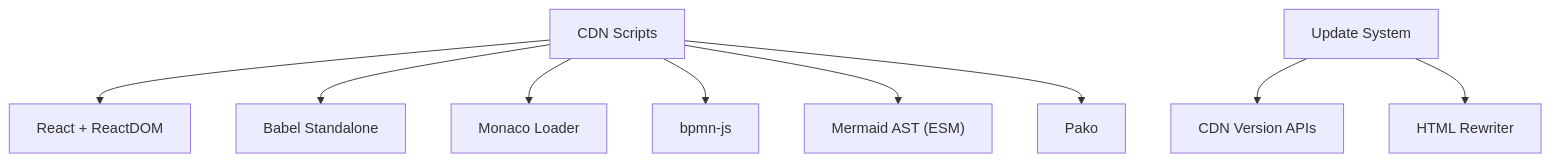
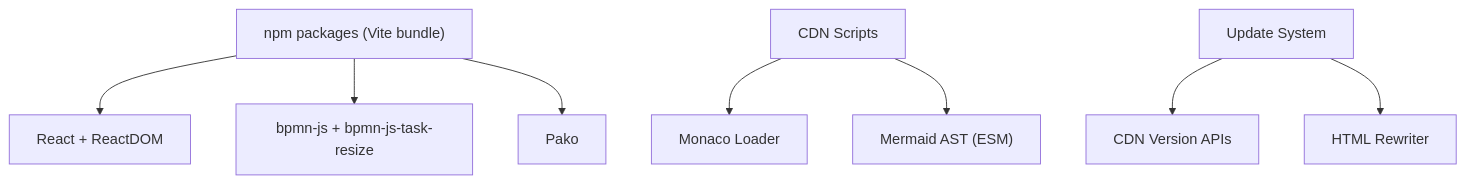
Before and after one commit to ongchonghian/universal-diagram-editor: the tenth of 14 diagrams in .qoder/repowiki/en/content/Advanced Features/Technical Implementations.md, drawn with Mermaid. The commit also changed other lines of this file and 31 other files, not shown here.

````diff
--- a/.qoder/repowiki/en/content/Advanced Features/Technical Implementations.md
+++ b/.qoder/repowiki/en/content/Advanced Features/Technical Implementations.md
@@ -364,11 +369,10 @@
 ```mermaid
 graph TB
-CDN["CDN Scripts"] --> R["React + ReactDOM"]
-CDN --> B["Babel Standalone"]
-CDN --> M["Monaco Loader"]
-CDN --> PJ["bpmn-js"]
+NPM["npm packages (Vite bundle)"] --> R["React + ReactDOM"]
+NPM --> PJ["bpmn-js + bpmn-js-task-resize"]
+NPM --> P["Pako"]
+CDN["CDN Scripts"] --> M["Monaco Loader"]
 CDN --> PA["Mermaid AST (ESM)"]
-CDN --> P["Pako"]
 US["Update System"] --> CV["CDN Version APIs"]
 US --> HT["HTML Rewriter"]
 ```
````
